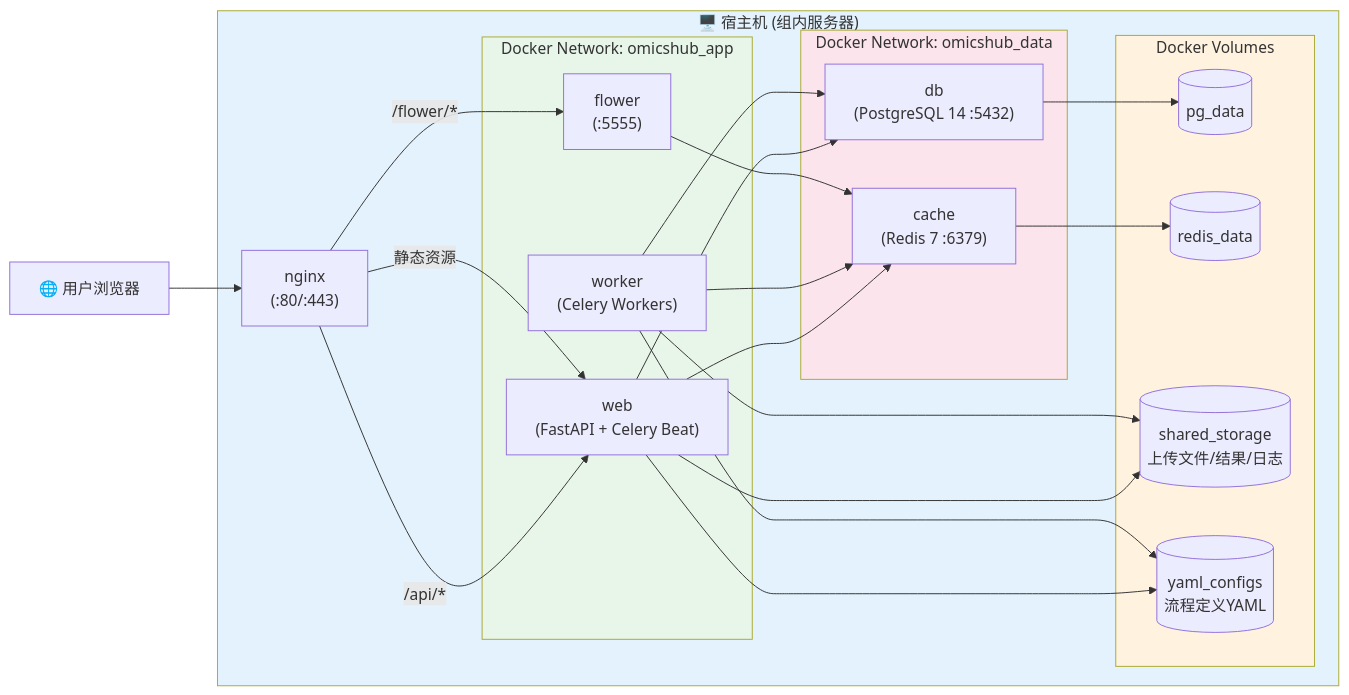
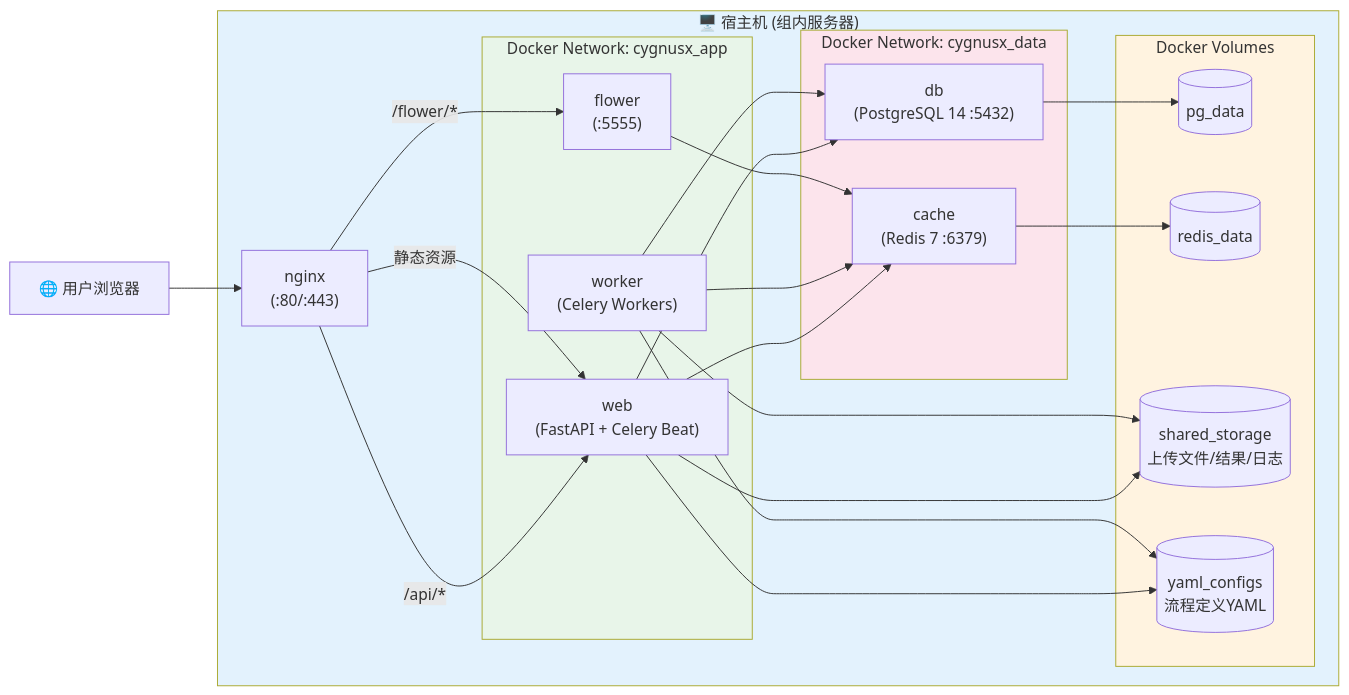
Before and after one commit to CygnusX-Labs/CygnusX: the fourth of 4 diagrams in docs/modules/01_architecture_overview.md, drawn with Mermaid. The commit also changed other lines of this file and 2091 other files, not shown here.

````diff
--- a/docs/modules/01_architecture_overview.md
+++ b/docs/modules/01_architecture_overview.md
@@ -570,44 +570,44 @@
 ```mermaid
 flowchart LR
     subgraph Host["🖥️ 宿主机 (组内服务器)"]
         Nginx["nginx\n(:80/:443)"]
 
-        subgraph AppNetwork["Docker Network: omicshub_app"]
+        subgraph AppNetwork["Docker Network: cygnusx_app"]
             Web["web\n(FastAPI + Celery Beat)"]
             Worker["worker\n(Celery Workers)"]
             FlowerUI["flower\n(:5555)"]
         end
 
-        subgraph DataNetwork["Docker Network: omicshub_data"]
+        subgraph DataNetwork["Docker Network: cygnusx_data"]
             DB["db\n(PostgreSQL 14 :5432)"]
             Cache["cache\n(Redis 7 :6379)"]
         end
 
         subgraph StorageVolume["Docker Volumes"]
             PGData[("pg_data")]
             RedisData[("redis_data")]
             SharedStorage[("shared_storage\n上传文件/结果/日志")]
             YAMLConfigs[("yaml_configs\n流程定义YAML")]
         end
 
         Nginx -->|"/api/*"| Web
         Nginx -->|"/flower/*"| FlowerUI
         Nginx -->|"静态资源"| Web
 
         Web --> DB & Cache
         Worker --> DB & Cache
         FlowerUI --> Cache
 
         DB --> PGData
         Cache --> RedisData
         Web --> SharedStorage & YAMLConfigs
         Worker --> SharedStorage & YAMLConfigs
     end
 
     Browser["🌐 用户浏览器"] --> Nginx
 
     style Host fill:#e3f2fd
     style AppNetwork fill:#e8f5e9
     style DataNetwork fill:#fce4ec
     style StorageVolume fill:#fff3e0
 ```
````
